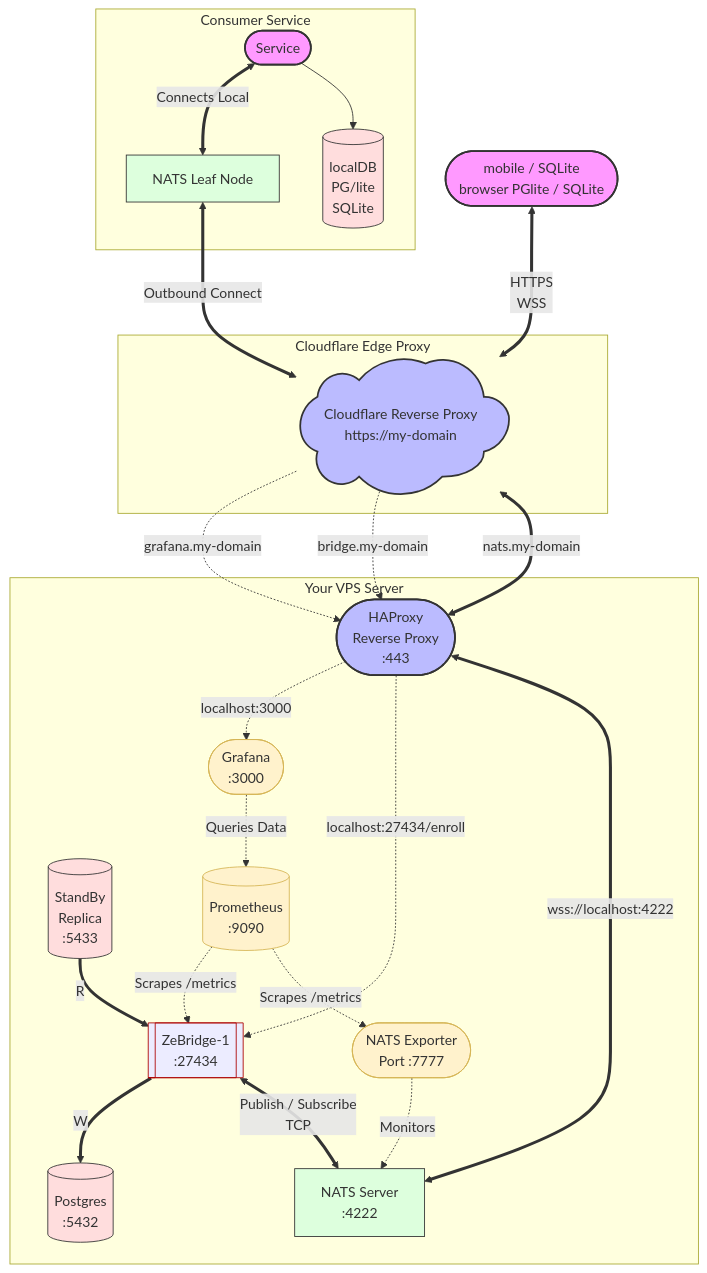
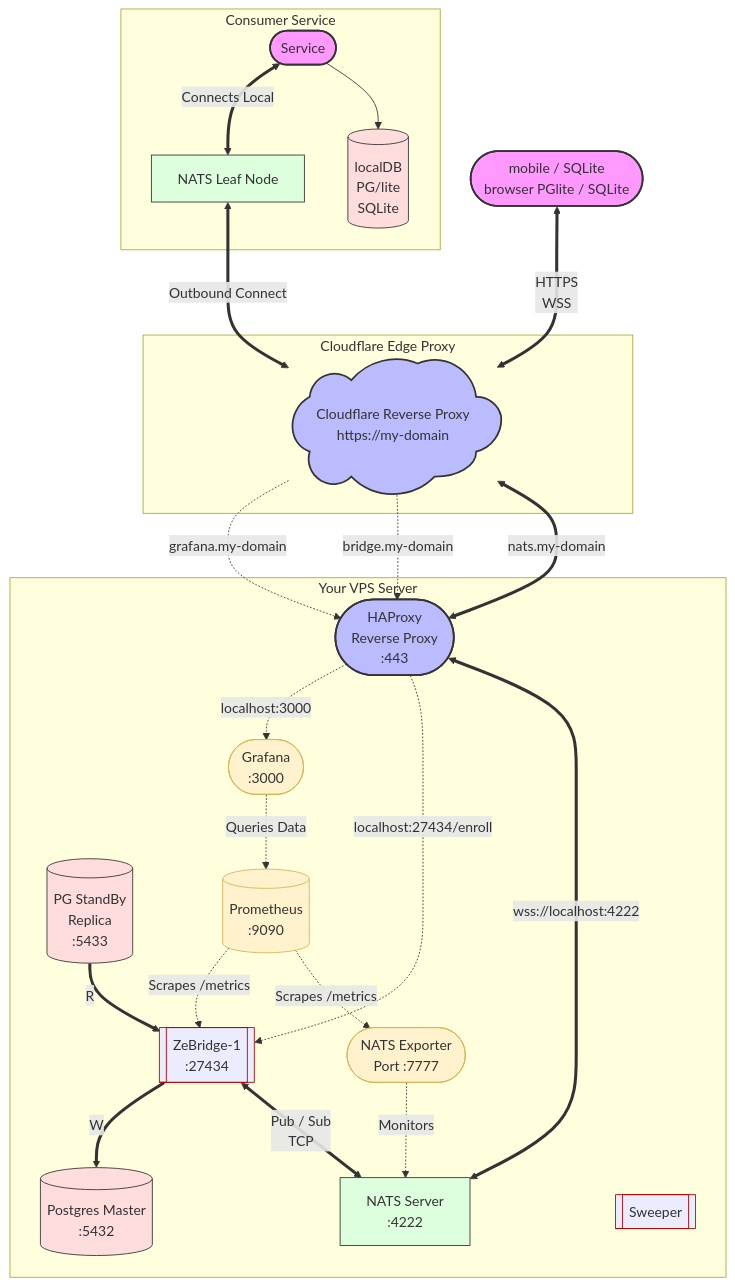
The second of 3 diagrams in README.md (ndrean/ZeBridge), drawn with Mermaid before and after one commit. The commit also changed other lines of this file, not shown here.

Commit message:
H1+H2 solved

````diff
--- a/README.md
+++ b/README.md
@@ -126,70 +126,71 @@
 ```mermaid
 graph TD
     %% Styling and Definitions
     classDef external fill:#f9f,stroke:#333,stroke-width:2px;
     classDef proxy fill:#bbf,stroke:#333,stroke-width:2px;
     classDef internal fill:#dfd,stroke:#333,stroke-width:1px;
     classDef secure fill:#fdd,stroke:#333,stroke-width:1px;
     classDef telemetry fill:#fff2cc,stroke:#d6b656,stroke-width:1px;
     classDef bridge fill:##bdf3ff,stroke:#ac0100,stroke-with:2px;
 
     %% External Clients
     User([mobile / SQLite <br> browser PGlite / SQLite]):::external
     LocalDB[(localDB <br>PG/lite<br>SQLite)]:::secure
     RemoteLeaf[NATS Leaf Node]:::internal
     Consumer([Service]):::external
 
     %% Cloudflare Edge
     subgraph Cloudflare_Network  [Cloudflare Edge Proxy]
         CF([Cloudflare Reverse Proxy <br> https://my-domain]):::proxy
         CF@{ shape: cloud}
     end
 
     %% VPS Boundary
     subgraph VPS [Your VPS Server]
         HA([HAProxy <br>Reverse Proxy<br>:443]):::proxy
         
         %% Internal Apps
         Bridge[[ZeBridge-1<br> :27434]]:::bridge
-        PG[(Postgres <br> :5432)]:::secure
-        PGREP[(StandBy<br>Replica<br>:5433)]:::secure
+        PG[(Postgres Master <br> :5432)]:::secure
+        PGREP[(PG StandBy<br>Replica<br>:5433)]:::secure
         NATS[NATS Server<br> :4222]:::internal
         
         %% Telemetry & Monitoring Stack
         Grafana([Grafana <br> :3000]):::telemetry
         Prom[(Prometheus<br> :9090)]:::telemetry
         NatsExp([NATS Exporter<br>Port :7777]):::telemetry
+        Sweeper[[Sweeper]]:::bridge
     end
 
     subgraph Consumer Service
       Consumer
       LocalDB
       RemoteLeaf
     end
     %% External Connections to Cloudflare
     User <==>|HTTPS <br> WSS| CF
     RemoteLeaf <==>|Outbound Connect| CF
     Consumer <==>|Connects Local| RemoteLeaf
     Consumer -->LocalDB
 
     %% Cloudflare to HAProxy Subdomain Routing
     CF -.->|grafana.my-domain| HA
     CF -.->|bridge.my-domain| HA
     CF <==>|nats.my-domain| HA
 
     %% HAProxy Internal Layer 7 Routing
     HA -.->|localhost:3000| Grafana
     HA -.->|localhost:27434/enroll| Bridge
     HA <==>|wss://localhost:4222| NATS
 
     %% Internal Component Dependencies
     Bridge ==>|W| PG
     PGREP ==>|R|Bridge
-    Bridge <==>|Publish / Subscribe <br> TCP| NATS
+    Bridge <==>|Pub / Sub <br> TCP| NATS
     
     %% Telemetry Data Flow
     Prom -.->|Scrapes /metrics| Bridge
     Prom -.->|Scrapes /metrics| NatsExp
     NatsExp -.->|Monitors| NATS
     Grafana -.->|Queries Data| Prom
 ```
````
